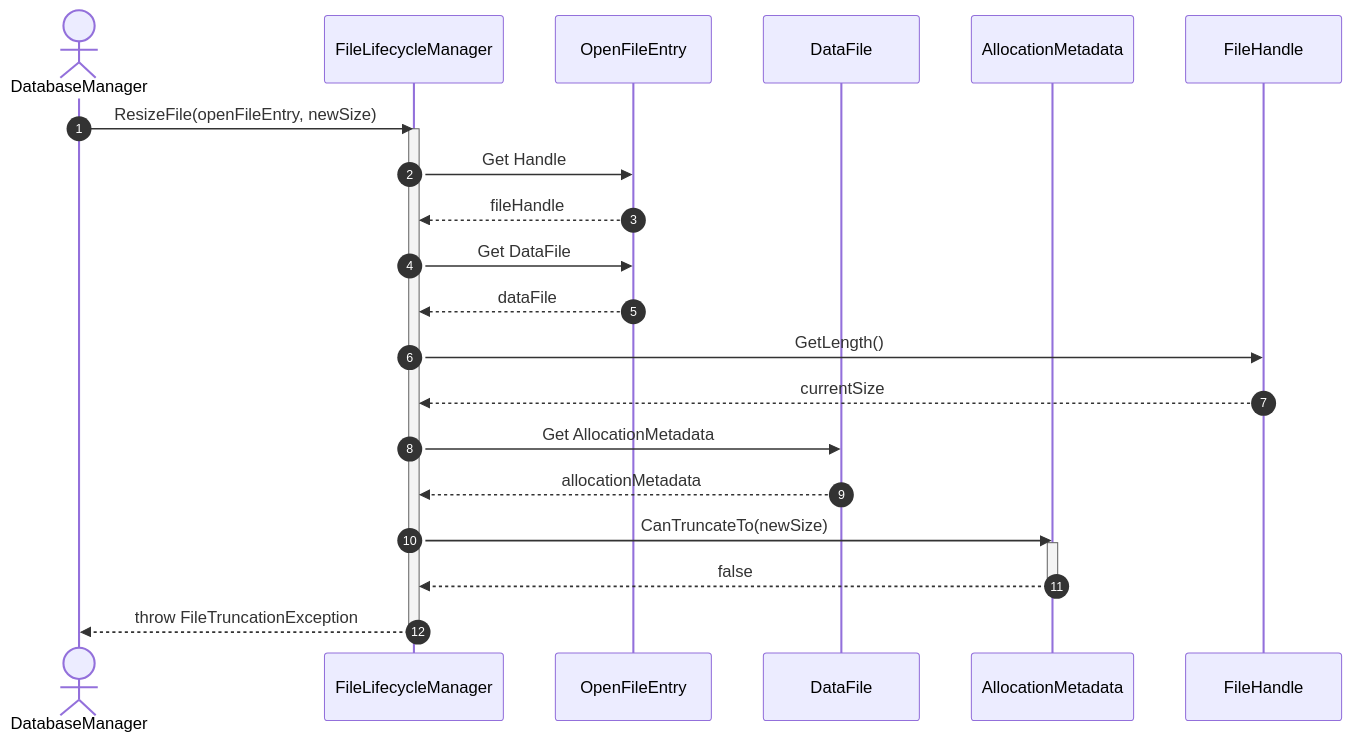
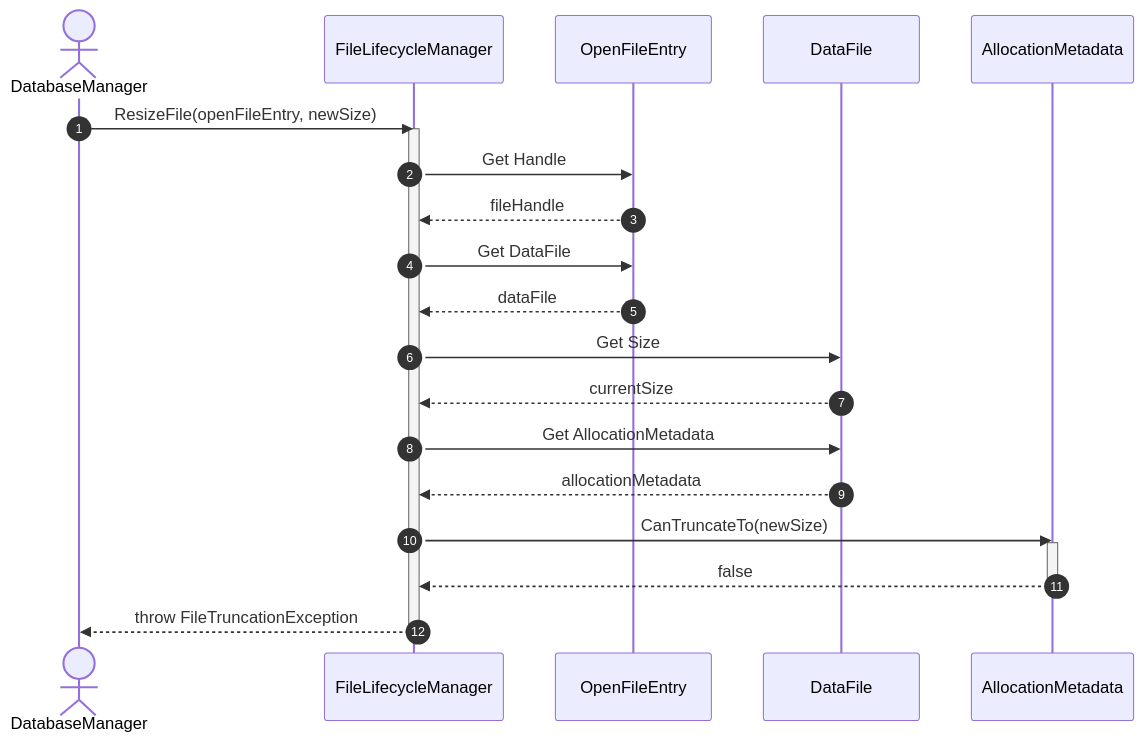
The fourth of 5 diagrams in docs/diagrams/sequence-diagrams/storage-engine/file-management/file-lifecycle/resize-file.md (manaxpow/DBMS), drawn with Mermaid before and after one commit. The commit also changed other lines of this file and 54 other files, not shown here.

````diff
--- a/docs/diagrams/sequence-diagrams/storage-engine/file-management/file-lifecycle/resize-file.md
+++ b/docs/diagrams/sequence-diagrams/storage-engine/file-management/file-lifecycle/resize-file.md
@@ -177,34 +170,33 @@
 ```mermaid
 sequenceDiagram
     autonumber
 
     actor DB as DatabaseManager
     participant FLM as FileLifecycleManager
     participant OE as OpenFileEntry
     participant DF as DataFile
     participant AM as AllocationMetadata
-    participant FH as FileHandle
 
     DB->>FLM: ResizeFile(openFileEntry, newSize)
     activate FLM
 
     FLM->>OE: Get Handle
     OE-->>FLM: fileHandle
 
     FLM->>OE: Get DataFile
     OE-->>FLM: dataFile
 
-    FLM->>FH: GetLength()
-    FH-->>FLM: currentSize
+    FLM->>DF: Get Size
+    DF-->>FLM: currentSize
 
     FLM->>DF: Get AllocationMetadata
     DF-->>FLM: allocationMetadata
 
     FLM->>AM: CanTruncateTo(newSize)
     activate AM
     AM-->>FLM: false
     deactivate AM
 
     FLM-->>DB: throw FileTruncationException
     deactivate FLM
 ```
````
